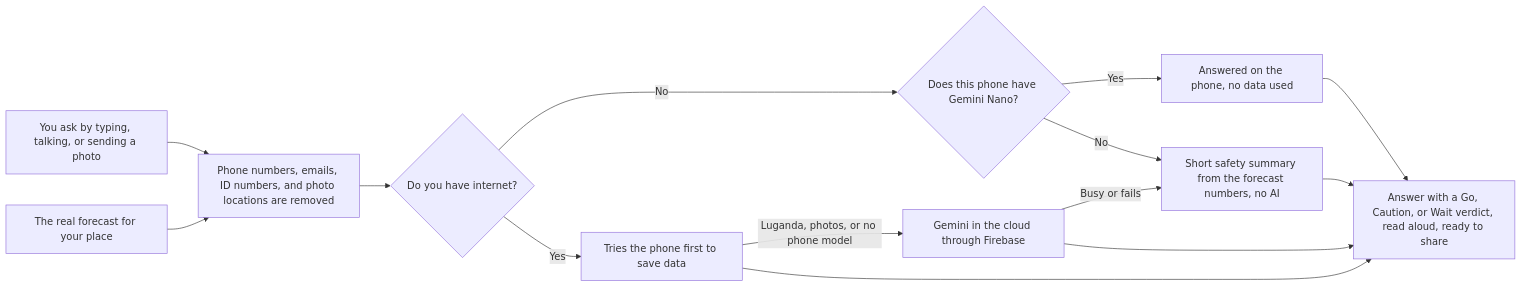
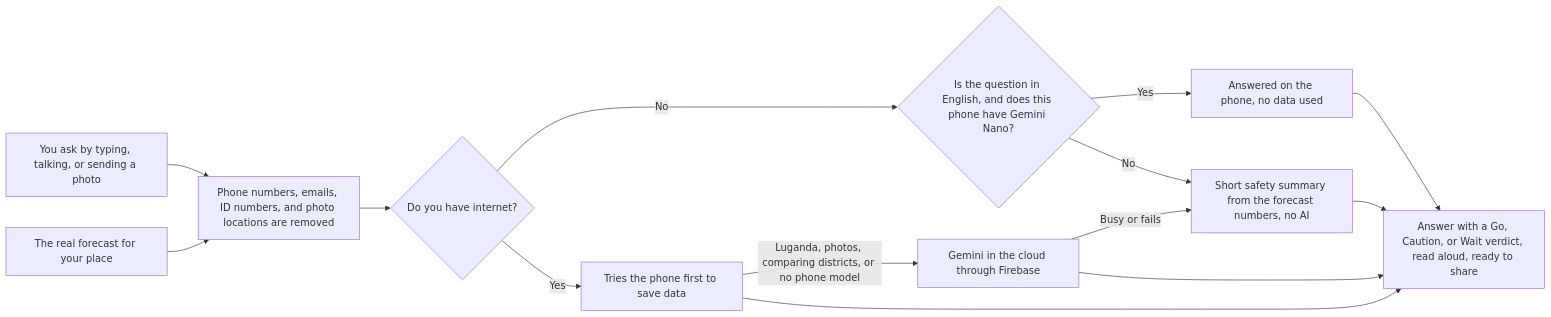
The first of 2 diagrams in README.md (MarkDanielsMCraft/Uganda-Weather-Hybrid), drawn with Mermaid before and after one commit. The commit also changed other lines of this file and 11 other files, not shown here.

````diff
--- a/README.md
+++ b/README.md
@@ -63,16 +63,16 @@
 ```mermaid
 flowchart LR
   Question["You ask by typing, talking, or sending a photo"] --> Privacy["Phone numbers, emails, ID numbers, and photo locations are removed"]
   Forecast["The real forecast for your place"] --> Privacy
   Privacy --> Signal{"Do you have internet?"}
-  Signal -->|"No"| Nano{"Does this phone have Gemini Nano?"}
+  Signal -->|"No"| Nano{"Is the question in English, and does this phone have Gemini Nano?"}
   Nano -->|"Yes"| OnPhone["Answered on the phone, no data used"]
   Nano -->|"No"| Summary["Short safety summary from the forecast numbers, no AI"]
   Signal -->|"Yes"| PhoneFirst["Tries the phone first to save data"]
-  PhoneFirst -->|"Luganda, photos, or no phone model"| Cloud["Gemini in the cloud through Firebase"]
+  PhoneFirst -->|"Luganda, photos, comparing districts, or no phone model"| Cloud["Gemini in the cloud through Firebase"]
   Cloud -->|"Busy or fails"| Summary
   OnPhone --> Answer["Answer with a Go, Caution, or Wait verdict, read aloud, ready to share"]
   PhoneFirst --> Answer
   Cloud --> Answer
   Summary --> Answer
 ```
````
